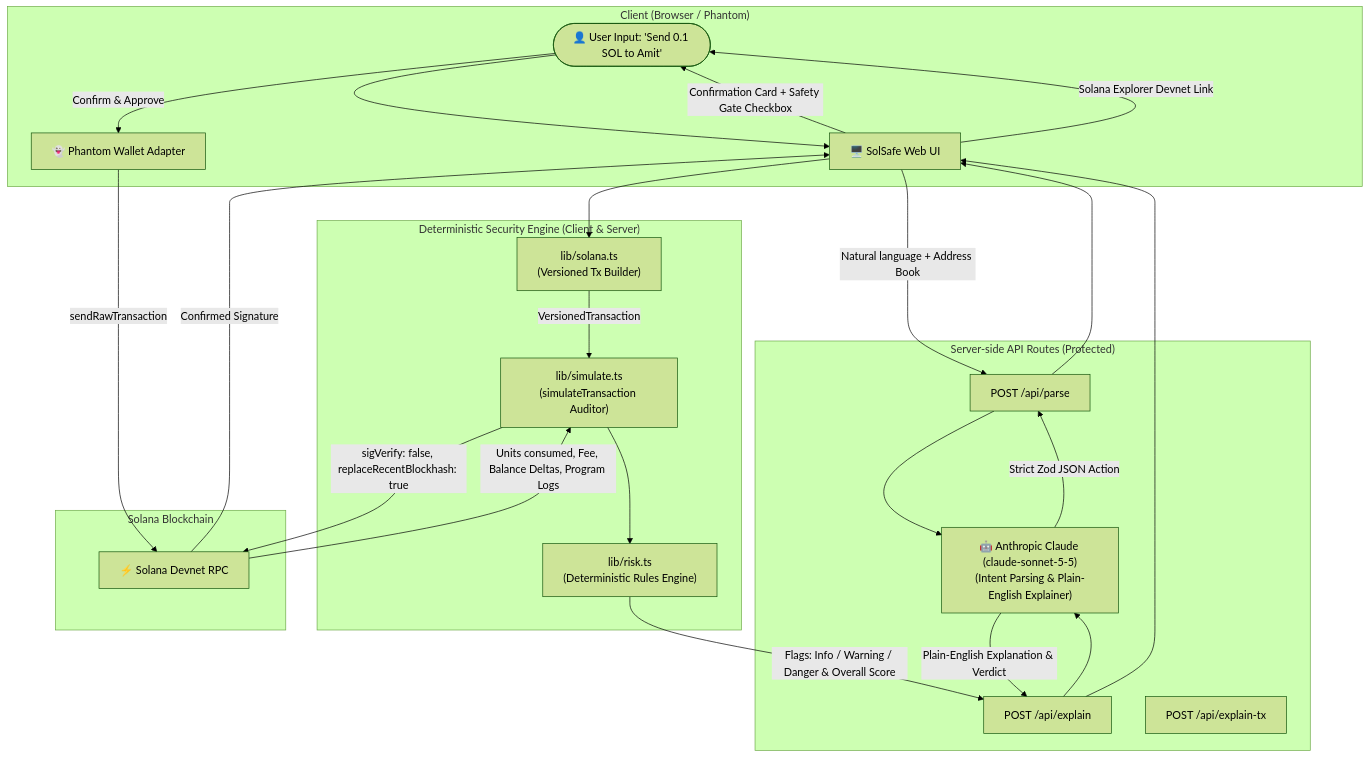
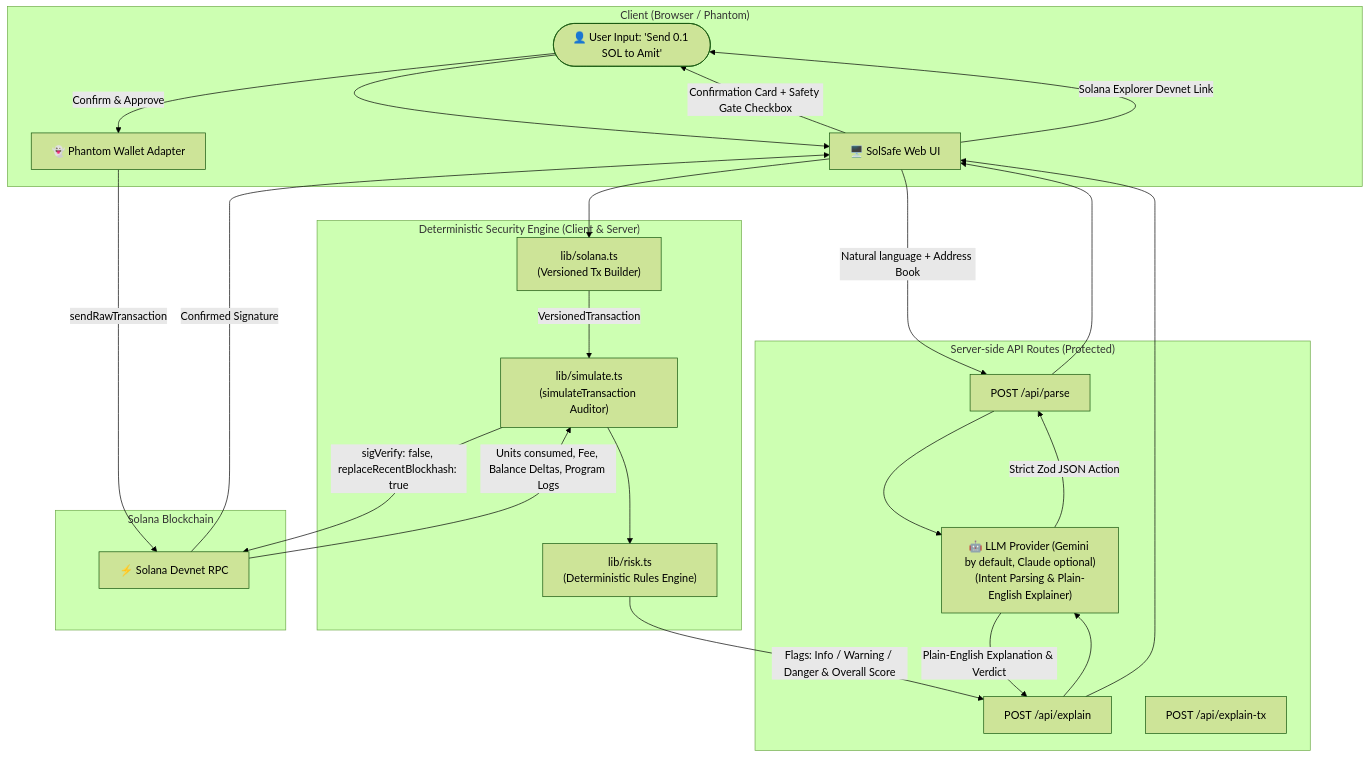
Before and after one commit to Rajath-nayakk/solasafe: the diagram in README.md, drawn with Mermaid (forest theme). The commit also changed other lines of this file and 8 other files, not shown here.

Commit message:
feat: add Google Gemini LLM provider with in-memory caching and dual provider support

````diff
--- a/README.md
+++ b/README.md
@@ -26,48 +29,48 @@
 ```mermaid
 flowchart TD
     subgraph Client ["Client (Browser / Phantom)"]
         User(["👤 User Input: 'Send 0.1 SOL to Amit'"])
         UI["🖥️ SolSafe Web UI"]
         Phantom["👻 Phantom Wallet Adapter"]
     end
 
     subgraph Server ["Server-side API Routes (Protected)"]
         ParseAPI["POST /api/parse"]
         ExplainAPI["POST /api/explain"]
         ExplainTxAPI["POST /api/explain-tx"]
-        LLM["🤖 Anthropic Claude (claude-sonnet-5-5)\n(Intent Parsing & Plain-English Explainer)"]
+        LLM["🤖 LLM Provider (Gemini by default, Claude optional)\n(Intent Parsing & Plain-English Explainer)"]
     end
 
     subgraph Core ["Deterministic Security Engine (Client & Server)"]
         Builder["lib/solana.ts\n(Versioned Tx Builder)"]
         SimEngine["lib/simulate.ts\n(simulateTransaction Auditor)"]
         RiskEngine["lib/risk.ts\n(Deterministic Rules Engine)"]
     end
 
     subgraph Solana ["Solana Blockchain"]
         RPC["⚡ Solana Devnet RPC"]
     end
 
     User --> UI
     UI -->|Natural language + Address Book| ParseAPI
     ParseAPI --> LLM
     LLM -->|Strict Zod JSON Action| ParseAPI
     ParseAPI --> UI
 
     UI --> Builder
     Builder -->|VersionedTransaction| SimEngine
     SimEngine -->|sigVerify: false, replaceRecentBlockhash: true| RPC
     RPC -->|Units consumed, Fee, Balance Deltas, Program Logs| SimEngine
     SimEngine --> RiskEngine
 
     RiskEngine -->|Flags: Info / Warning / Danger & Overall Score| ExplainAPI
     ExplainAPI --> LLM
     LLM -->|Plain-English Explanation & Verdict| ExplainAPI
     ExplainAPI --> UI
 
     UI -->|Confirmation Card + Safety Gate Checkbox| User
     User -->|Confirm & Approve| Phantom
     Phantom -->|sendRawTransaction| RPC
     RPC -->|Confirmed Signature| UI
     UI -->|Solana Explorer Devnet Link| User
 ```
````
